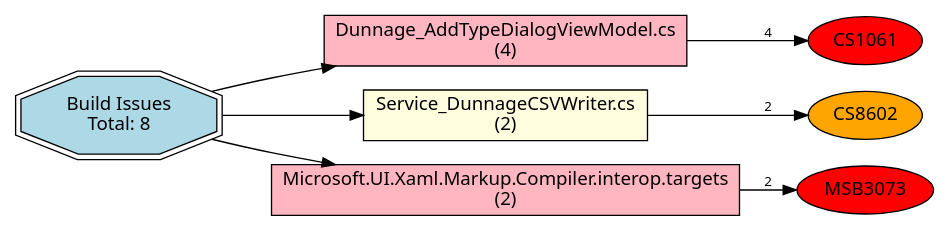
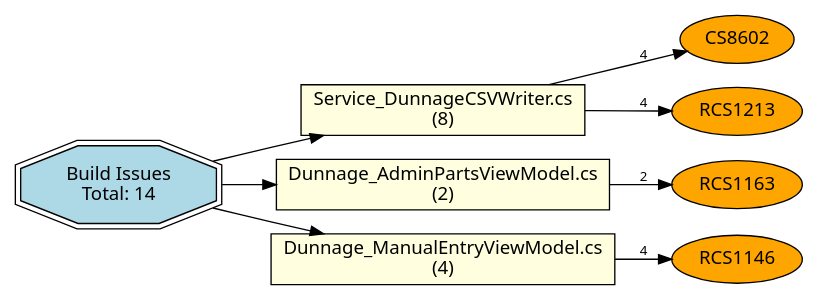
Before and after one commit to JDKoll1982/MTM_Receiving_Application: the diagram in build-issues.dot, drawn with Graphviz. The commit also changed 14 other files, not shown here.

```diff
--- a/build-issues.dot
+++ b/build-issues.dot
@@ -1,18 +1,20 @@
 digraph BuildIssues {
   rankdir=LR;
   node [shape=box, style=filled, fontname="Segoe UI"];
   edge [fontname="Segoe UI", fontsize=10];
-  ROOT [label="Build Issues\nTotal: 8", fillcolor="lightblue", shape=doubleoctagon];
-  "Dunnage_AddTypeDialogViewModel.cs" [label="Dunnage_AddTypeDialogViewModel.cs\n(4)", fillcolor="lightpink"];
-  ROOT -> "Dunnage_AddTypeDialogViewModel.cs";
-  "Dunnage_AddTypeDialogViewModel.cs_CS1061" [label="CS1061", fillcolor="red", shape=ellipse];
-  "Dunnage_AddTypeDialogViewModel.cs" -> "Dunnage_AddTypeDialogViewModel.cs_CS1061" [label="4"];
-  "Service_DunnageCSVWriter.cs" [label="Service_DunnageCSVWriter.cs\n(2)", fillcolor="lightyellow"];
+  ROOT [label="Build Issues\nTotal: 14", fillcolor="lightblue", shape=doubleoctagon];
+  "Service_DunnageCSVWriter.cs" [label="Service_DunnageCSVWriter.cs\n(8)", fillcolor="lightyellow"];
   ROOT -> "Service_DunnageCSVWriter.cs";
   "Service_DunnageCSVWriter.cs_CS8602" [label="CS8602", fillcolor="orange", shape=ellipse];
-  "Service_DunnageCSVWriter.cs" -> "Service_DunnageCSVWriter.cs_CS8602" [label="2"];
-  "Microsoft.UI.Xaml.Markup.Compiler.interop.targets" [label="Microsoft.UI.Xaml.Markup.Compiler.interop.targets\n(2)", fillcolor="lightpink"];
-  ROOT -> "Microsoft.UI.Xaml.Markup.Compiler.interop.targets";
-  "Microsoft.UI.Xaml.Markup.Compiler.interop.targets_MSB3073" [label="MSB3073", fillcolor="red", shape=ellipse];
-  "Microsoft.UI.Xaml.Markup.Compiler.interop.targets" -> "Microsoft.UI.Xaml.Markup.Compiler.interop.targets_MSB3073" [label="2"];
+  "Service_DunnageCSVWriter.cs" -> "Service_DunnageCSVWriter.cs_CS8602" [label="4"];
+  "Service_DunnageCSVWriter.cs_RCS1213" [label="RCS1213", fillcolor="orange", shape=ellipse];
+  "Service_DunnageCSVWriter.cs" -> "Service_DunnageCSVWriter.cs_RCS1213" [label="4"];
+  "Dunnage_AdminPartsViewModel.cs" [label="Dunnage_AdminPartsViewModel.cs\n(2)", fillcolor="lightyellow"];
+  ROOT -> "Dunnage_AdminPartsViewModel.cs";
+  "Dunnage_AdminPartsViewModel.cs_RCS1163" [label="RCS1163", fillcolor="orange", shape=ellipse];
+  "Dunnage_AdminPartsViewModel.cs" -> "Dunnage_AdminPartsViewModel.cs_RCS1163" [label="2"];
+  "Dunnage_ManualEntryViewModel.cs" [label="Dunnage_ManualEntryViewModel.cs\n(4)", fillcolor="lightyellow"];
+  ROOT -> "Dunnage_ManualEntryViewModel.cs";
+  "Dunnage_ManualEntryViewModel.cs_RCS1146" [label="RCS1146", fillcolor="orange", shape=ellipse];
+  "Dunnage_ManualEntryViewModel.cs" -> "Dunnage_ManualEntryViewModel.cs_RCS1146" [label="4"];
 }
```
